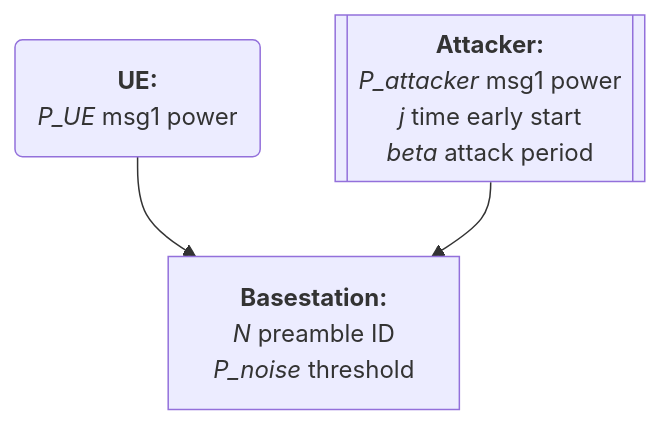
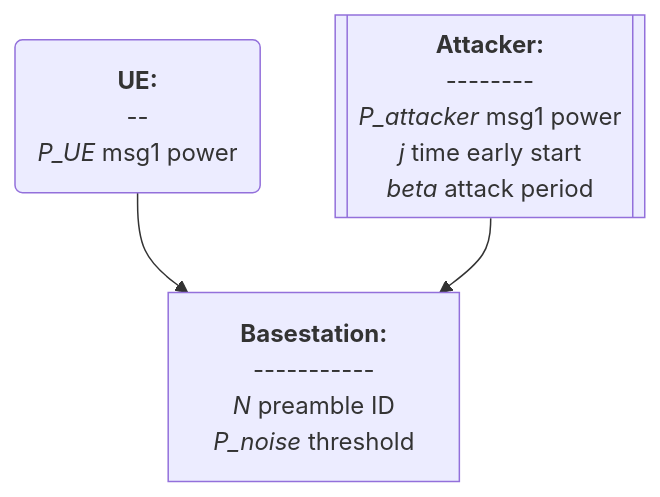
The second of 2 diagrams in docs/20250310 Thesis (Basic Msg1 Model).md (bmw-ece-ntust/wilfrid-prach-attack-analysis), drawn with Mermaid before and after one commit.

Commit message:
Update 20250310 Thesis (Basic Msg1 Model).md

````diff
--- a/docs/20250310 Thesis (Basic Msg1 Model).md
+++ b/docs/20250310 Thesis (Basic Msg1 Model).md
@@ -31,14 +31,17 @@
 ```mermaid
 flowchart TD
     A["`**Basestation:**
+    -----------
     *N* preamble ID
     *P_noise* threshold`"]
     B("`**UE:**
+    --
     *P_UE* msg1 power`")
     C[["`**Attacker:**
+    --------
     *P_attacker* msg1 power
     *j* time early start
     *beta* attack period`"]]
     B-->A
     C-->A
 ```
````
